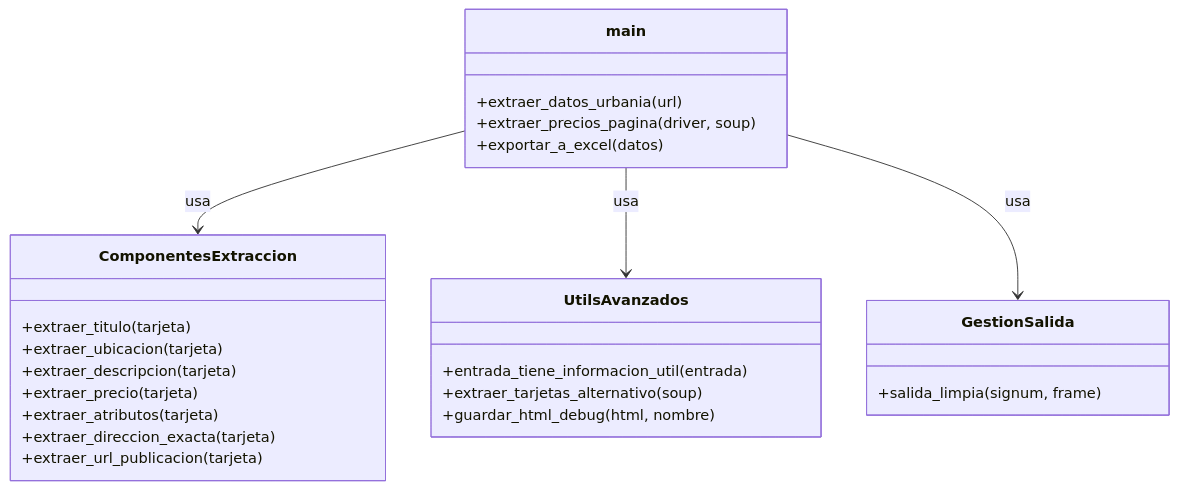
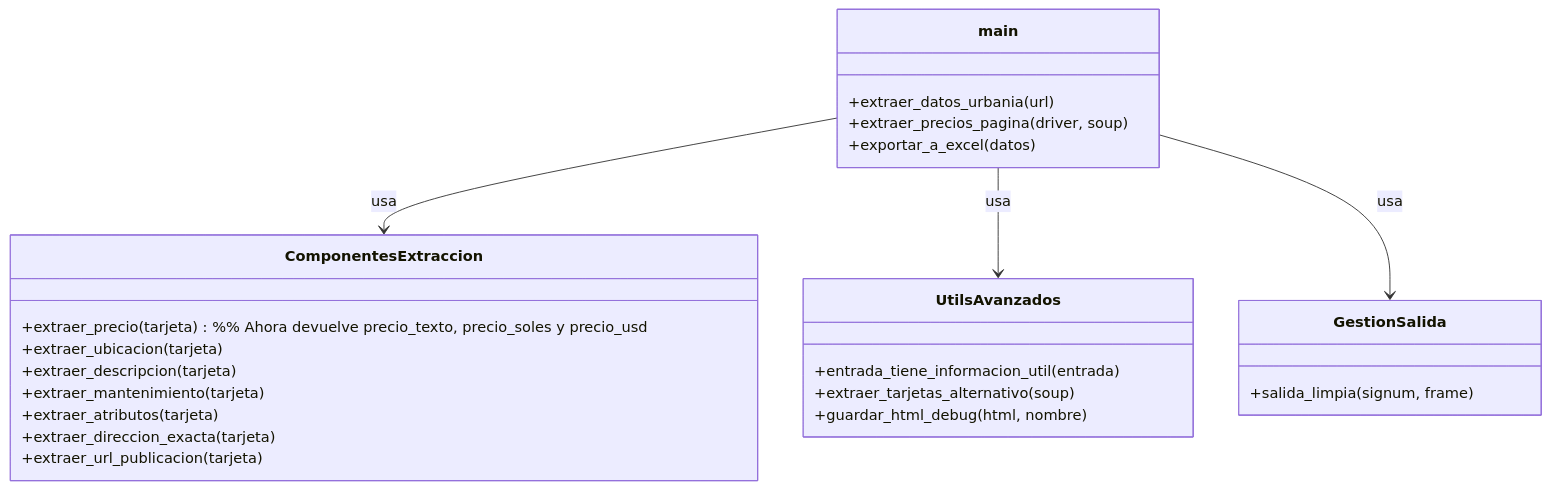
Before and after one commit to JuanJLH/documentaciones: the third of 10 diagrams in P-SCRAPER-URBANIA.md, drawn with Mermaid. The commit also changed other lines of this file, not shown here.

````diff
--- a/P-SCRAPER-URBANIA.md
+++ b/P-SCRAPER-URBANIA.md
@@ -68,32 +107,32 @@
 ```mermaid
 classDiagram
     class main {
         +extraer_datos_urbania(url)
         +extraer_precios_pagina(driver, soup)
         +exportar_a_excel(datos)
     }
     
     class ComponentesExtraccion {
-        +extraer_titulo(tarjeta)
+        +extraer_precio(tarjeta) %% Ahora devuelve precio_texto, precio_soles y precio_usd
         +extraer_ubicacion(tarjeta)
         +extraer_descripcion(tarjeta)
-        +extraer_precio(tarjeta)
+        +extraer_mantenimiento(tarjeta)
         +extraer_atributos(tarjeta)
         +extraer_direccion_exacta(tarjeta)
         +extraer_url_publicacion(tarjeta)
     }
     
     class UtilsAvanzados {
         +entrada_tiene_informacion_util(entrada)
         +extraer_tarjetas_alternativo(soup)
         +guardar_html_debug(html, nombre)
     }
     
     class GestionSalida {
         +salida_limpia(signum, frame)
     }
     
     main --> ComponentesExtraccion : usa
     main --> UtilsAvanzados : usa
     main --> GestionSalida : usa
 ```
````
